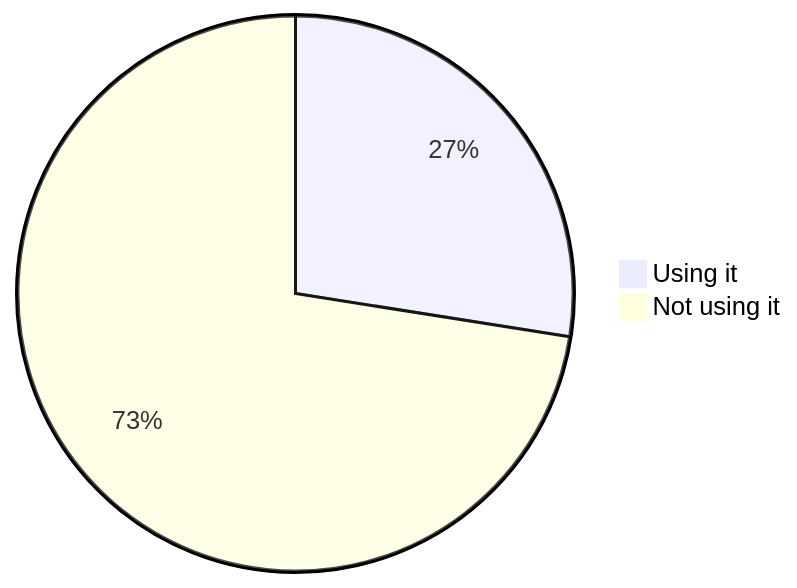
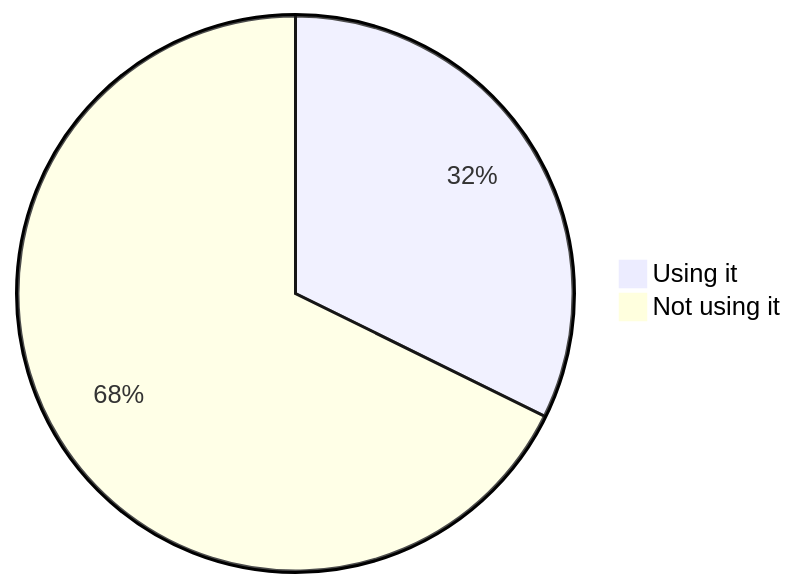
Before and after one commit to oshp/oshp-stats: diagram 16 of 22 in stats.md, drawn with Mermaid. The commit also changed other lines of this file, not shown here.

````diff
--- a/stats.md
+++ b/stats.md
@@ -190,6 +190,6 @@
 ```mermaid
 pie
-	"Using it" : 27.49
-	"Not using it" : 72.51
+	"Using it" : 32.29
+	"Not using it" : 67.71
 
 ```
````
